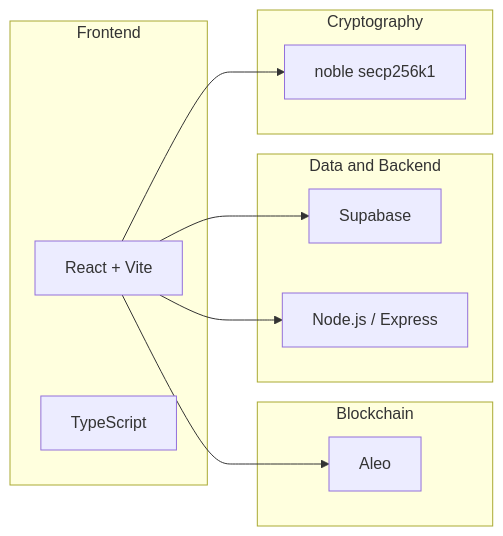
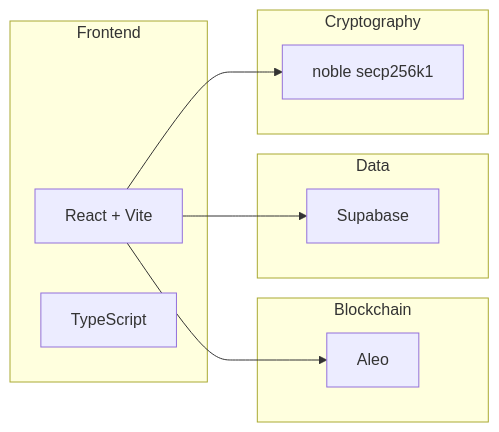
Before and after one commit to AmaanSayyad/PrivatePay-Aleo: the second of 6 diagrams in README.md, drawn with Mermaid. The commit also changed other lines of this file, not shown here.

````diff
--- a/README.md
+++ b/README.md
@@ -143,22 +134,20 @@
 ```mermaid
 flowchart LR
   subgraph Frontend["Frontend"]
     React["React + Vite"]
     TS[TypeScript]
   end
   subgraph Chain["Blockchain"]
     Aleo[Aleo]
   end
-  subgraph Data["Data and Backend"]
+  subgraph Data["Data"]
     Supabase[Supabase]
-    Express["Node.js / Express"]
   end
   subgraph Crypto["Cryptography"]
     Noble["noble secp256k1"]
   end
 
   React --> Aleo
   React --> Supabase
-  React --> Express
   React --> Noble
 ```
````
